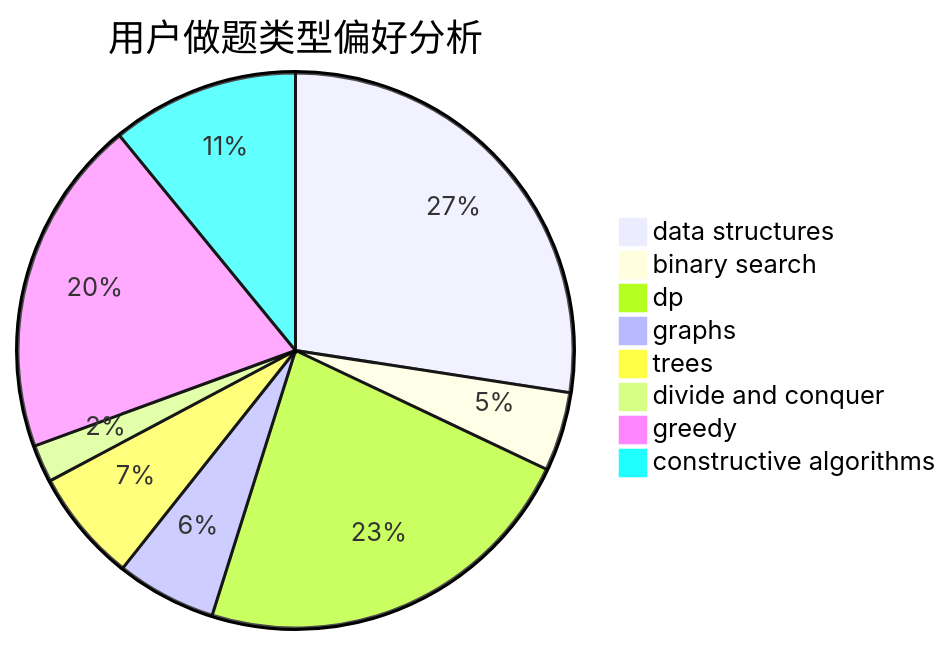
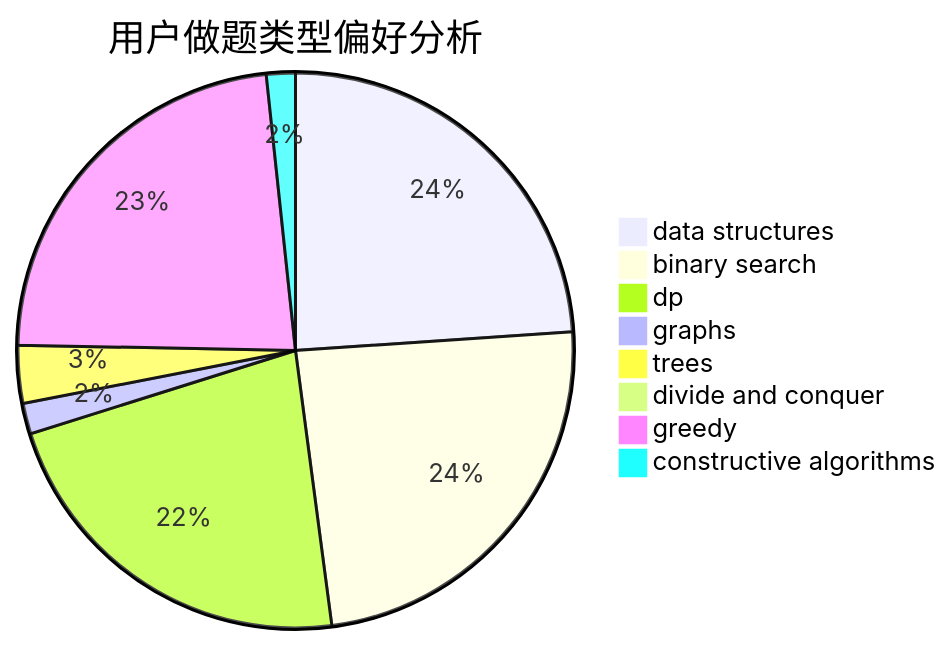
The second of 3 diagrams in docs/user/u1765.md (sherpahu/cfrs.github.io), drawn with Mermaid before and after one commit. The commit also changed other lines of this file and 2770 other files, not shown here.

````diff
--- a/docs/user/u1765.md
+++ b/docs/user/u1765.md
@@ -23,11 +23,11 @@
 ```mermaid
 pie title 用户做题类型偏好分析
-    "data structures" :  113
-    "binary search" :  19
-    "dp" :  94
-    "graphs" :  24
-    "trees" :  27
-    "divide and conquer" :  9
-    "greedy" :  81
-    "constructive algorithms" :  45
+    "data structures" :  469
+    "binary search" :  470
+    "dp" :  436
+    "graphs" :  35
+    "trees" :  66
+    "divide and conquer" :  1
+    "greedy" :  451
+    "constructive algorithms" :  33
 ```
````
